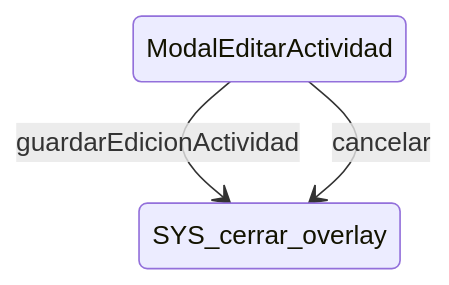
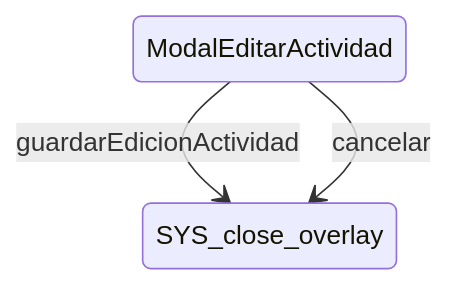
Before and after one commit to cepeche/Trenza-DSL: the diagram in spec/docs/sistema/overlays/ModalEditarActividad.md, drawn with Mermaid. The commit also changed other lines of this file and 2250 other files, not shown here.

````diff
--- a/spec/docs/sistema/overlays/ModalEditarActividad.md
+++ b/spec/docs/sistema/overlays/ModalEditarActividad.md
@@ -17,5 +18,5 @@
 ```mermaid
 stateDiagram-v2
-    ModalEditarActividad --> SYS_cerrar_overlay : guardarEdicionActividad
-    ModalEditarActividad --> SYS_cerrar_overlay : cancelar
+    ModalEditarActividad --> SYS_close_overlay : guardarEdicionActividad
+    ModalEditarActividad --> SYS_close_overlay : cancelar
 ```
````
